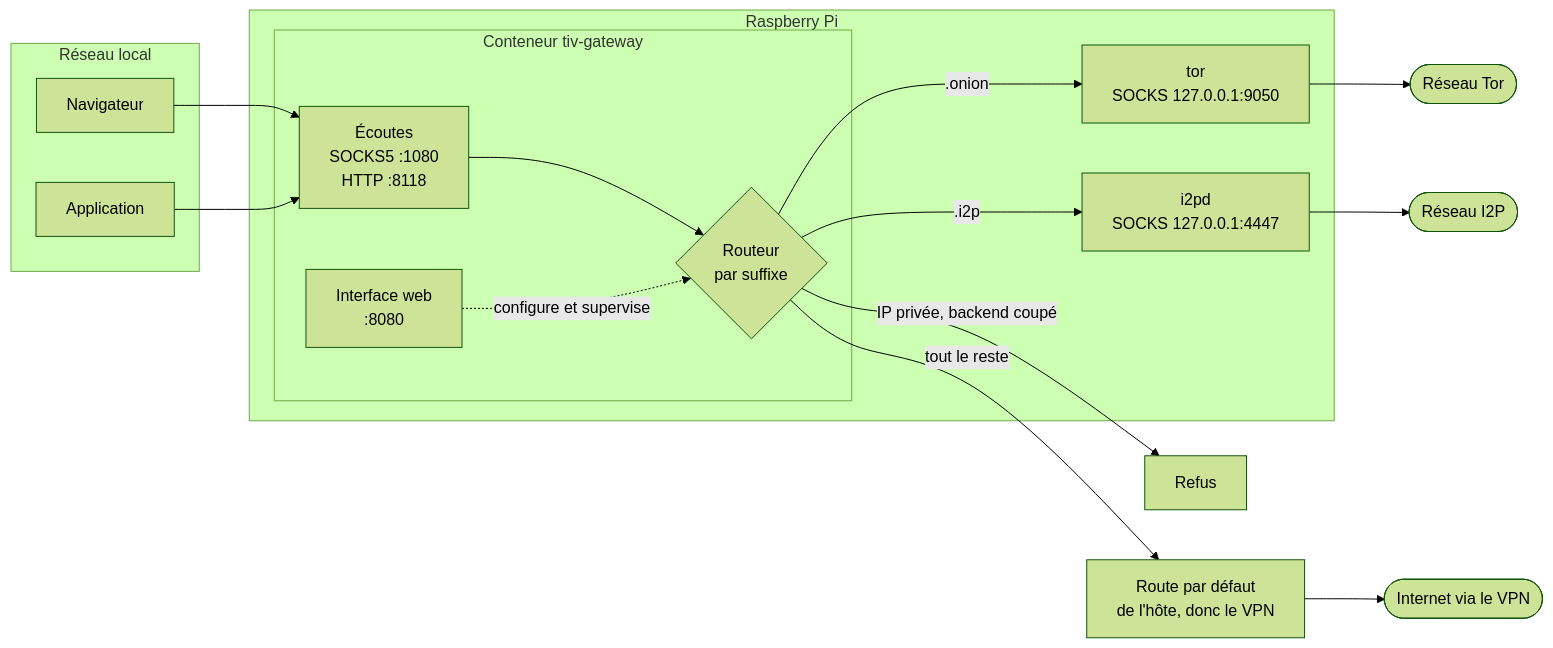
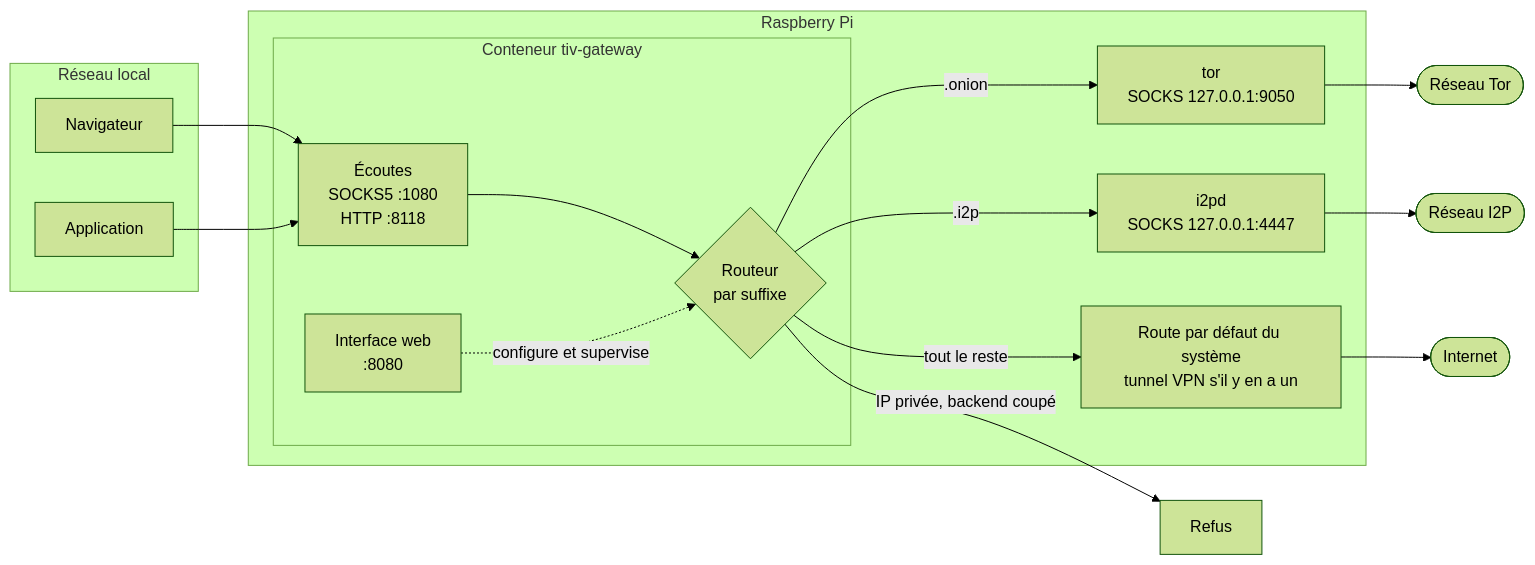
Before and after one commit to venantvr-security/tor.i2p.vpn: the first of 3 diagrams in README.md, drawn with Mermaid (forest theme). The commit also changed other lines of this file and 19 other files, not shown here.

````diff
--- a/README.md
+++ b/README.md
@@ -16,30 +28,31 @@
 ```mermaid
 flowchart LR
     subgraph LAN["Réseau local"]
         N[Navigateur]
         A[Application]
     end
 
     subgraph RPI["Raspberry Pi"]
         subgraph C["Conteneur tiv-gateway"]
             L["Écoutes<br/>SOCKS5 :1080<br/>HTTP :8118"]
             R{"Routeur<br/>par suffixe"}
             W["Interface web<br/>:8080"]
         end
         T["tor<br/>SOCKS 127.0.0.1:9050"]
         I["i2pd<br/>SOCKS 127.0.0.1:4447"]
+        V["Route par défaut du système<br/>tunnel VPN s'il y en a un"]
     end
 
     N --> L
     A --> L
     L --> R
     R -->|".onion"| T
     R -->|".i2p"| I
-    R -->|"tout le reste"| V["Route par défaut<br/>de l'hôte, donc le VPN"]
+    R -->|"tout le reste"| V
     R -->|"IP privée, backend coupé"| X["Refus"]
     W -.->|"configure et supervise"| R
 
     T --> TN(["Réseau Tor"])
     I --> IN(["Réseau I2P"])
-    V --> VN(["Internet via le VPN"])
+    V --> VN(["Internet"])
 ```
````
